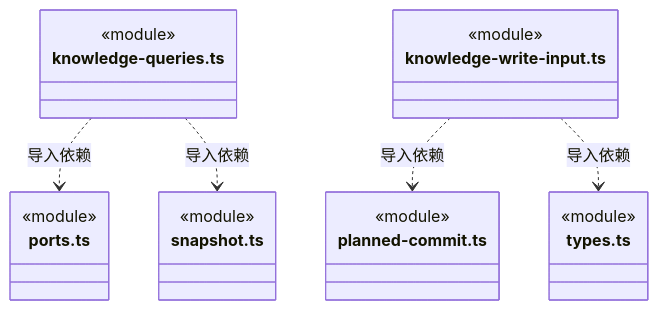
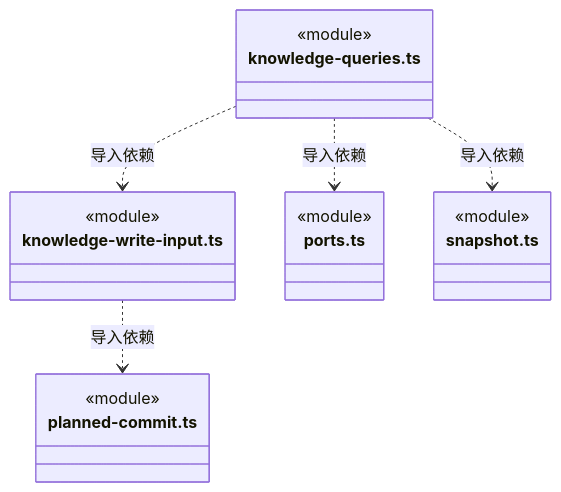
Before and after one commit to nan023062/cbim: diagram 27 of 32 in src/backend/core/knowledge/ARCHITECTURE.md, drawn with Mermaid. The commit also changed other lines of this file and 36 other files, not shown here.

````diff
--- a/src/backend/core/knowledge/ARCHITECTURE.md
+++ b/src/backend/core/knowledge/ARCHITECTURE.md
@@ -632,25 +638,22 @@
 ```mermaid
 classDiagram
 class N_src_backend_core_knowledge_knowledge_queries_ts["knowledge-queries.ts"] {
+  <<module>>
+}
+class N_src_backend_core_knowledge_knowledge_write_input_ts["knowledge-write-input.ts"] {
   <<module>>
 }
 class N_src_backend_core_knowledge_ports_ts["ports.ts"] {
   <<module>>
 }
 class N_src_backend_core_knowledge_snapshot_ts["snapshot.ts"] {
   <<module>>
 }
-class N_src_backend_core_knowledge_knowledge_write_input_ts["knowledge-write-input.ts"] {
-  <<module>>
-}
 class N_src_backend_core_knowledge_planned_commit_ts["planned-commit.ts"] {
   <<module>>
 }
-class N_src_backend_core_knowledge_types_ts["types.ts"] {
-  <<module>>
-}
+N_src_backend_core_knowledge_knowledge_queries_ts ..> N_src_backend_core_knowledge_knowledge_write_input_ts : 导入依赖
 N_src_backend_core_knowledge_knowledge_queries_ts ..> N_src_backend_core_knowledge_ports_ts : 导入依赖
 N_src_backend_core_knowledge_knowledge_queries_ts ..> N_src_backend_core_knowledge_snapshot_ts : 导入依赖
 N_src_backend_core_knowledge_knowledge_write_input_ts ..> N_src_backend_core_knowledge_planned_commit_ts : 导入依赖
-N_src_backend_core_knowledge_knowledge_write_input_ts ..> N_src_backend_core_knowledge_types_ts : 导入依赖
 ```
````
